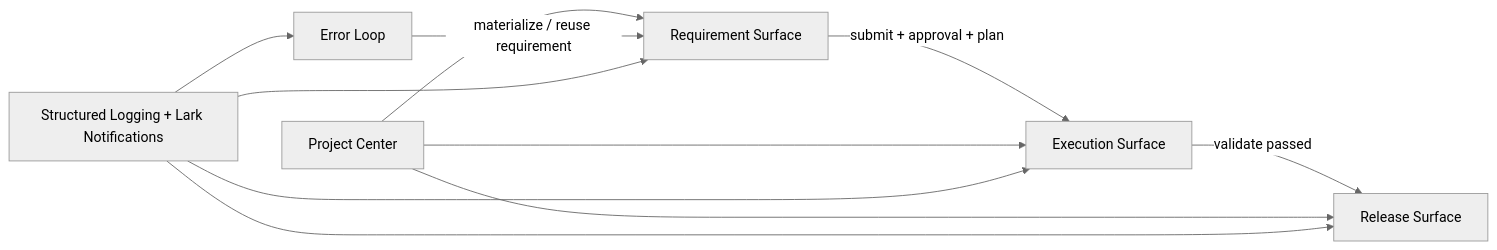
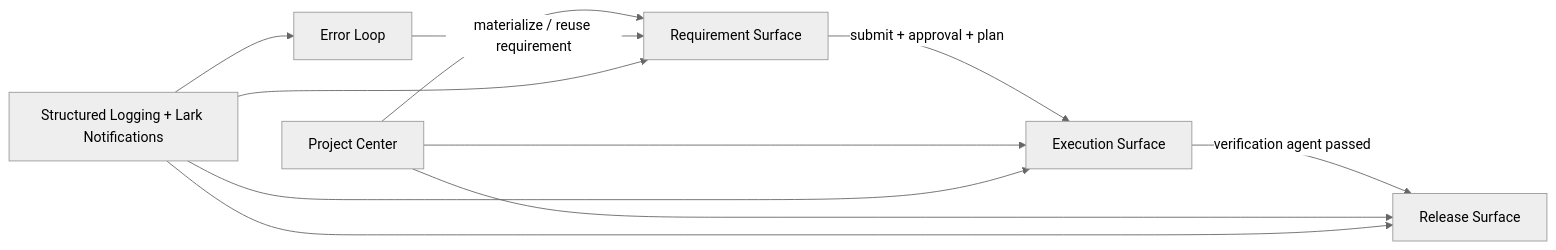
The diagram in docs/design-docs/company-ops-latest-architecture.md (SynapseNetworkAI/Synapse-Network-Growing), drawn with Mermaid (neutral theme) before and after one commit. The commit also changed other lines of this file and 13 other files, not shown here.

Commit message:
Route validation through verification agent

````diff
--- a/docs/design-docs/company-ops-latest-architecture.md
+++ b/docs/design-docs/company-ops-latest-architecture.md
@@ -15,13 +15,13 @@
 ```mermaid
 flowchart LR
     R["Requirement Surface"] -->|submit + approval + plan| E["Execution Surface"]
-    E -->|validate passed| L["Release Surface"]
+    E -->|verification agent passed| L["Release Surface"]
     P["Project Center"] --> R
     P --> E
     P --> L
     X["Error Loop"] -->|materialize / reuse requirement| R
     N["Structured Logging + Lark Notifications"] --> R
     N --> E
     N --> L
     N --> X
 ```
````
